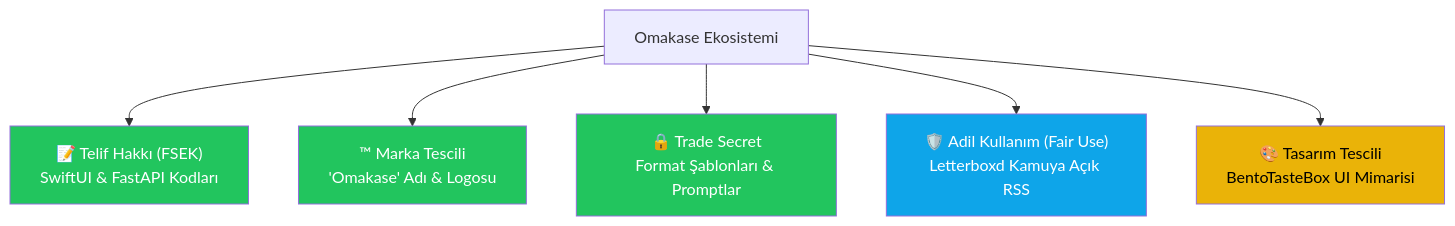
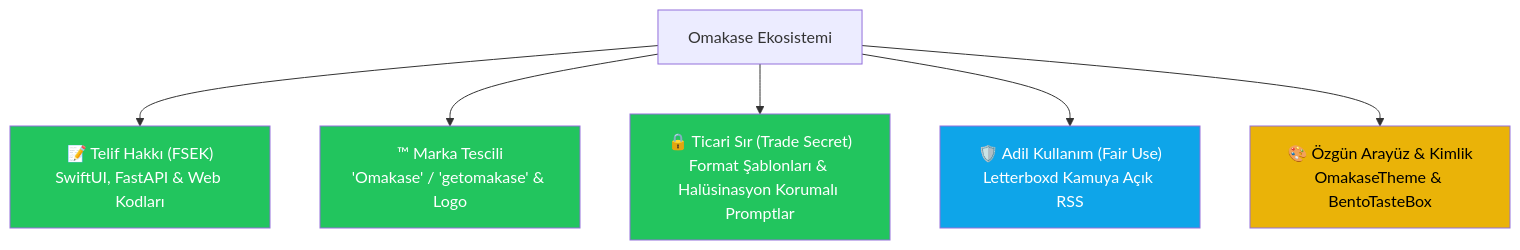
Before and after one commit to kuzeysinay/omakase: the diagram in docs/fikri_mulkiyet.md, drawn with Mermaid. The commit also changed other lines of this file and 6 other files, not shown here.

````diff
--- a/docs/fikri_mulkiyet.md
+++ b/docs/fikri_mulkiyet.md
@@ -40,14 +42,14 @@
 ```mermaid
 graph TD
-    A["Omakase Ekosistemi"] --> B["📝 Telif Hakkı (FSEK)<br/>SwiftUI & FastAPI Kodları"]
-    A --> C["™ Marka Tescili<br/>'Omakase' Adı & Logosu"]
-    A --> D["🔒 Trade Secret<br/>Format Şablonları & Promptlar"]
+    A["Omakase Ekosistemi"] --> B["📝 Telif Hakkı (FSEK)<br/>SwiftUI, FastAPI & Web Kodları"]
+    A --> C["™ Marka Tescili<br/>'Omakase' / 'getomakase' & Logo"]
+    A --> D["🔒 Ticari Sır (Trade Secret)<br/>Format Şablonları & Halüsinasyon Korumalı Promptlar"]
     A --> E["🛡️ Adil Kullanım (Fair Use)<br/>Letterboxd Kamuya Açık RSS"]
-    A --> F["🎨 Tasarım Tescili<br/>BentoTasteBox UI Mimarisi"]
+    A --> F["🎨 Özgün Arayüz & Kimlik<br/>OmakaseTheme & BentoTasteBox"]
 
     style B fill:#22c55e,color:#fff
     style C fill:#22c55e,color:#fff
     style D fill:#22c55e,color:#fff
     style E fill:#0ea5e9,color:#fff
     style F fill:#eab308,color:#000
 ```
````
